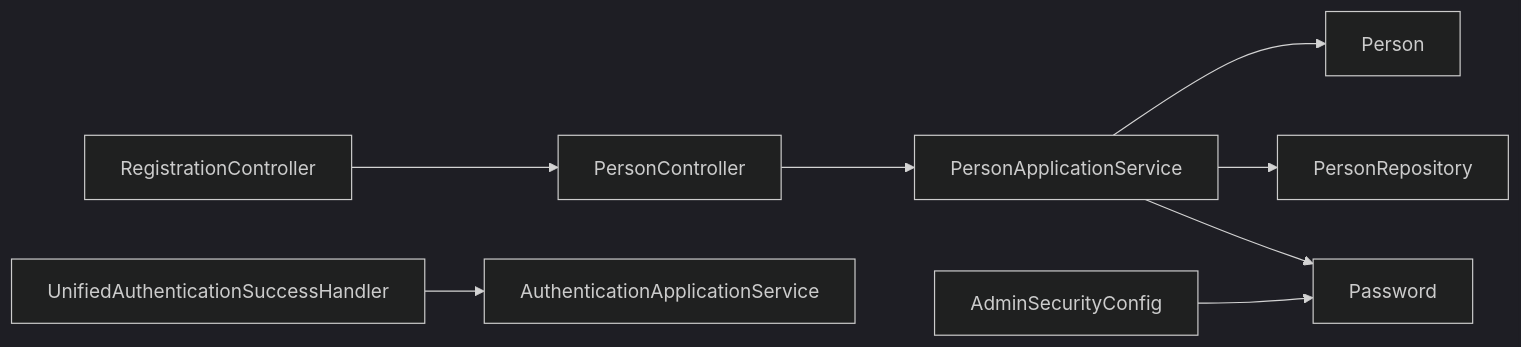
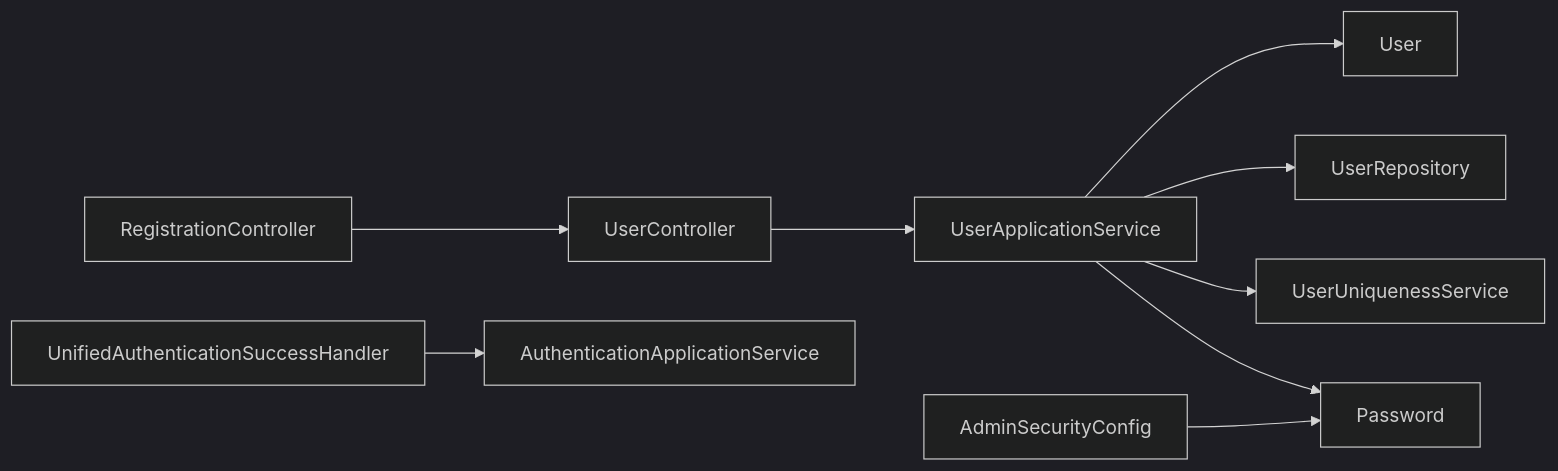
One commit to fq0121104930716/iam-platform changed the seventh of 7 diagrams in .qoder/repowiki/zh/content/项目概述/核心功能/用户管理功能.md. Above: the diagram before and after it, drawn with Mermaid (dark theme). The commit also changed other lines of this file and 75 other files, not shown here.

````diff
--- a/.qoder/repowiki/zh/content/项目概述/核心功能/用户管理功能.md
+++ b/.qoder/repowiki/zh/content/项目概述/核心功能/用户管理功能.md
@@ -387,10 +414,11 @@
 ```mermaid
 graph LR
-RC["RegistrationController"] --> AC["PersonController"]
-AC --> AS["PersonApplicationService"]
-AS --> PM["Person"]
-AS --> PR["PersonRepository"]
-AS --> PWD["Password"]
+RC["RegistrationController"] --> UC["UserController"]
+UC --> US["UserApplicationService"]
+US --> UM["User"]
+US --> UR["UserRepository"]
+US --> UA["UserUniquenessService"]
+US --> PWD["Password"]
 UASH["UnifiedAuthenticationSuccessHandler"] --> AU["AuthenticationApplicationService"]
 SEC["AdminSecurityConfig"] --> PWD
 ```
````
